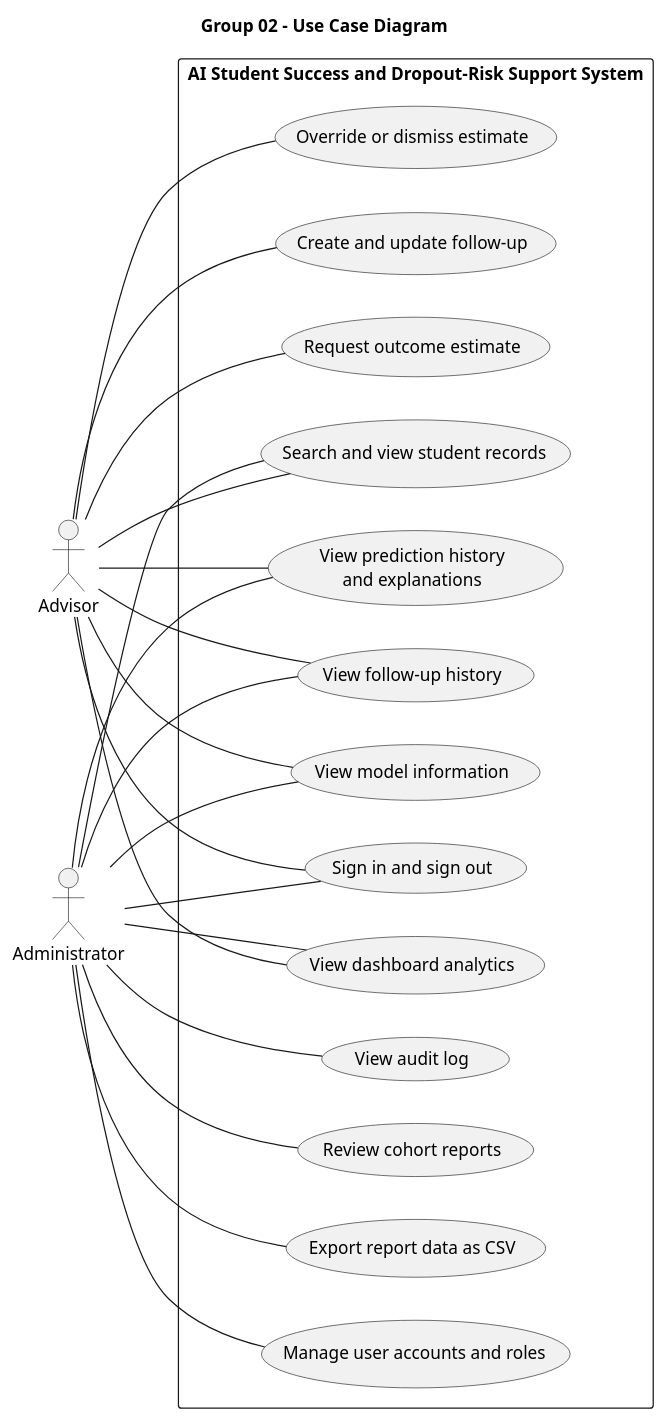
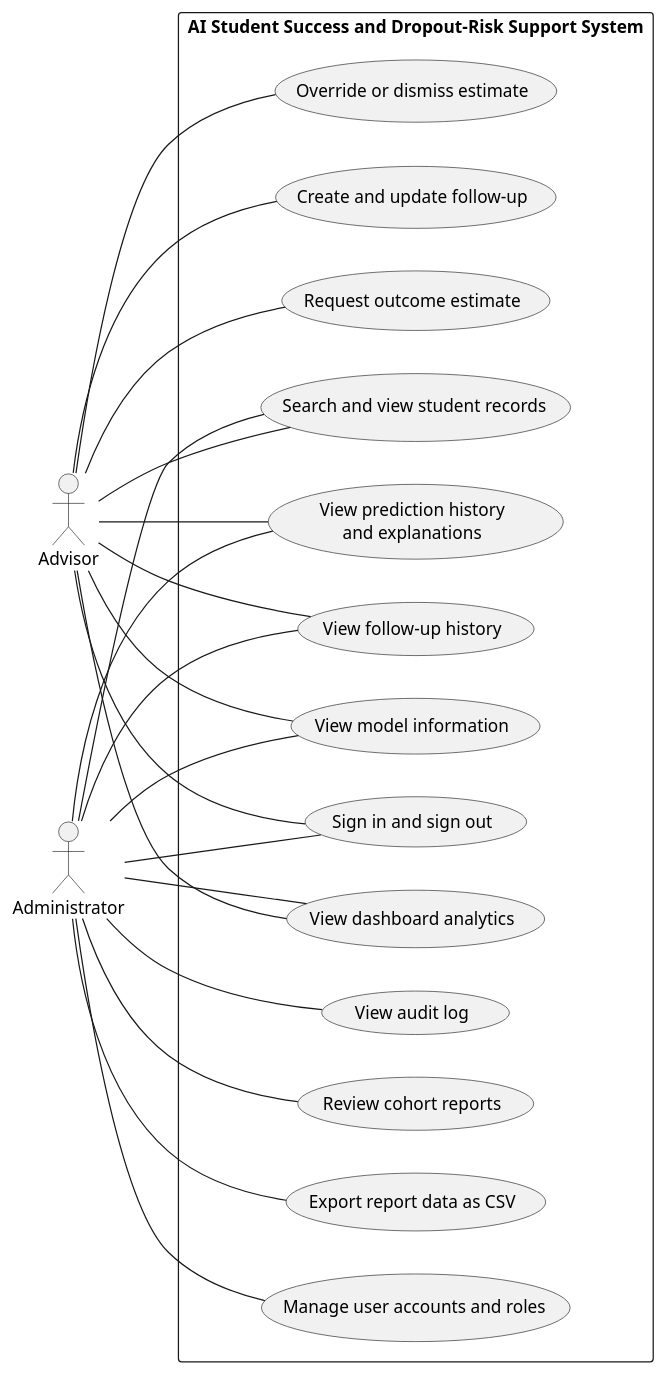
The diagram in uml/use_case.puml (zeinalmajaly/SE-GP02), drawn with PlantUML before and after one commit.

Commit message:
use_case.puml

```diff
--- a/uml/use_case.puml
+++ b/uml/use_case.puml
@@ -1,44 +1,44 @@
 @startuml
-title Group 02 - Use Case Diagram
+
 left to right direction
 
 actor Advisor
 actor Administrator
 
 rectangle "AI Student Success and Dropout-Risk Support System" {
   usecase "Sign in and sign out" as Session
   usecase "View dashboard analytics" as Dashboard
   usecase "Search and view student records" as Records
   usecase "View prediction history\nand explanations" as History
   usecase "View follow-up history" as FollowHistory
   usecase "View model information" as Model
   usecase "Request outcome estimate" as Predict
   usecase "Override or dismiss estimate" as Override
   usecase "Create and update follow-up" as FollowUp
   usecase "Review cohort reports" as Reports
   usecase "Export report data as CSV" as Export
   usecase "Manage user accounts and roles" as Accounts
   usecase "View audit log" as Audit
 }
 
 Advisor -- Session
 Advisor -- Dashboard
 Advisor -- Records
 Advisor -- History
 Advisor -- FollowHistory
 Advisor -- Model
 Advisor -- Predict
 Advisor -- Override
 Advisor -- FollowUp
 
 Administrator -- Session
 Administrator -- Dashboard
 Administrator -- Records
 Administrator -- History
 Administrator -- FollowHistory
 Administrator -- Model
 Administrator -- Reports
 Administrator -- Export
 Administrator -- Accounts
 Administrator -- Audit
 @enduml
```
